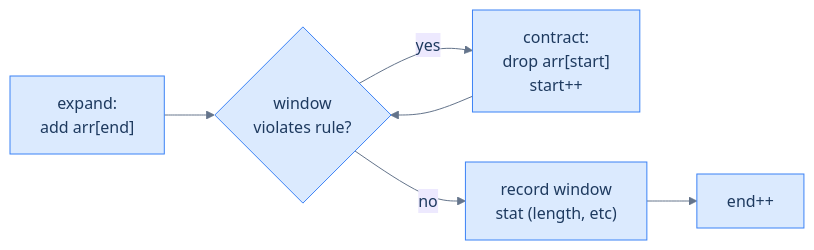
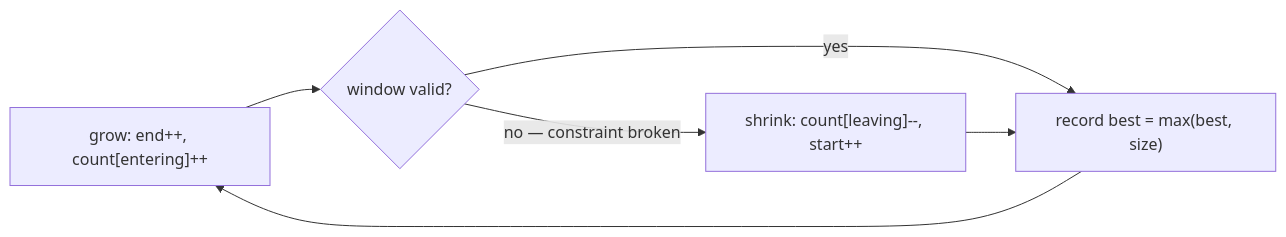
One commit to ani2fun/codefolio changed the diagram in content/cortex/data-structures-and-algorithms/02-linear-structures/07-hash-table/10-pattern-variable-sized-sliding-window/01-pattern.md. Above: the diagram before and after it, drawn with Mermaid. The commit also changed other lines of this file and 1049 other files, not shown here.

````diff
--- a/content/cortex/data-structures-and-algorithms/02-linear-structures/07-hash-table/10-pattern-variable-sized-sliding-window/01-pattern.md
+++ b/content/cortex/data-structures-and-algorithms/02-linear-structures/07-hash-table/10-pattern-variable-sized-sliding-window/01-pattern.md
@@ -17,19 +43,8 @@
 ```mermaid
----
-config:
-  theme: base
-  themeVariables:
-    primaryColor: "#dbeafe"
-    primaryBorderColor: "#3b82f6"
-    primaryTextColor: "#1e3a5f"
-    lineColor: "#64748b"
-    secondaryColor: "#ede9fe"
-    tertiaryColor: "#fef9c3"
----
 flowchart LR
-    EXP["expand:<br/>add arr[end]"] --> CHK{"window<br/>violates rule?"}
-    CHK -->|"yes"| CONT["contract:<br/>drop arr[start]<br/>start++"]
-    CONT --> CHK
-    CHK -->|"no"| REC["record window<br/>stat (length, etc)"]
-    REC --> ADV["end++"]
+  E["grow: end++, count[entering]++"] --> Q{"window valid?"}
+  Q -->|"no — constraint broken"| C["shrink: count[leaving]--, start++"]
+  Q -->|"yes"| M["record best = max(best, size)"]
+  C --> M
+  M --> E
 ```
````
